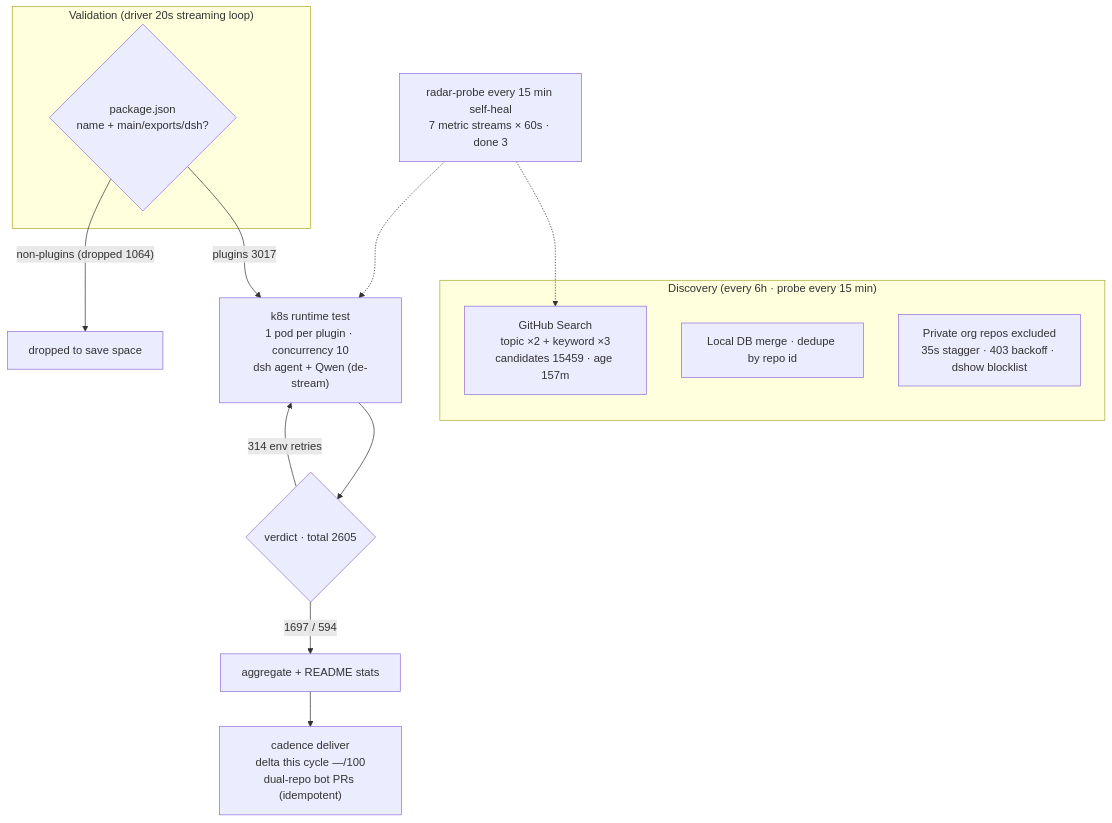
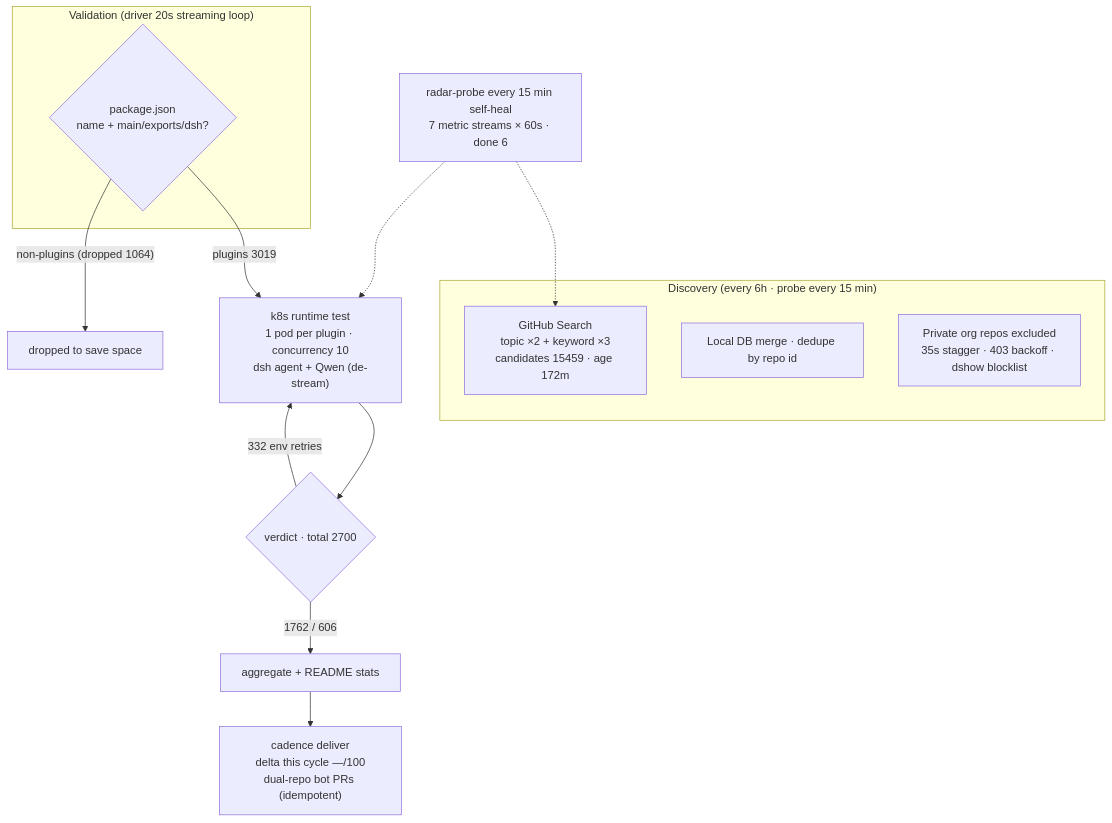
Before and after one commit to AdamPlatin123/awesome-dsh-plugins: the diagram in README.en-US.md, drawn with Mermaid. The commit also changed other lines of this file and 5 other files, not shown here.

````diff
--- a/README.en-US.md
+++ b/README.en-US.md
@@ -30,20 +30,20 @@
 ```mermaid
 flowchart TB
     subgraph Discovery["Discovery (every 6h · probe every 15 min)"]
-        A1["GitHub Search<br/>topic ×2 + keyword ×3<br/>candidates 15459 · age 157m"]
+        A1["GitHub Search<br/>topic ×2 + keyword ×3<br/>candidates 15459 · age 172m"]
         A2["Local DB merge · dedupe by repo id"]
         A3["Private org repos excluded<br/>35s stagger · 403 backoff · dshow blocklist"]
     end
     subgraph Validation["Validation (driver 20s streaming loop)"]
         B1{"package.json<br/>name + main/exports/dsh?"}
     end
-    B1 -->|"plugins 3017"| C1["k8s runtime test<br/>1 pod per plugin · concurrency 10<br/>dsh agent + Qwen (de-stream)"]
+    B1 -->|"plugins 3019"| C1["k8s runtime test<br/>1 pod per plugin · concurrency 10<br/>dsh agent + Qwen (de-stream)"]
     B1 -->|"non-plugins (dropped 1064)"| B3["dropped to save space"]
-    C1 --> D1{"verdict · total 2605"}
-    D1 -->|"1697 / 594"| E1["aggregate + README stats"]
-    D1 -->|"314 env retries"| C1
+    C1 --> D1{"verdict · total 2700"}
+    D1 -->|"1762 / 606"| E1["aggregate + README stats"]
+    D1 -->|"332 env retries"| C1
     E1 --> E2["cadence deliver<br/>delta this cycle —/100<br/>dual-repo bot PRs (idempotent)"]
-    M["radar-probe every 15 min self-heal<br/>7 metric streams × 60s · done 3"]
+    M["radar-probe every 15 min self-heal<br/>7 metric streams × 60s · done 6"]
     M -.-> A1
     M -.-> C1
 ```
````
